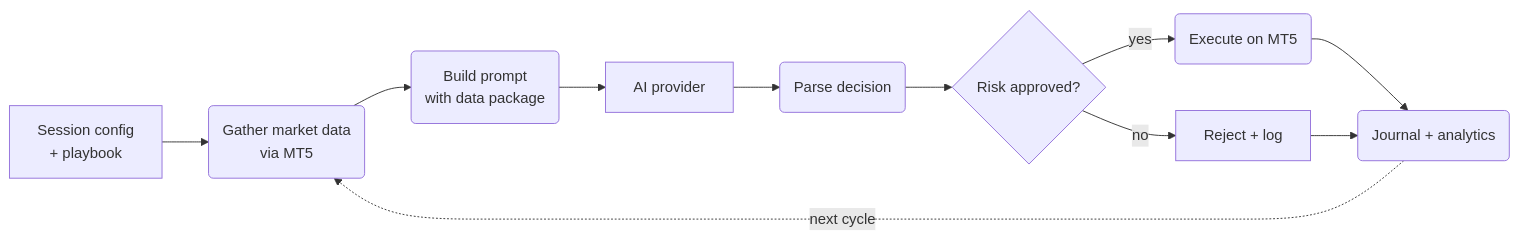
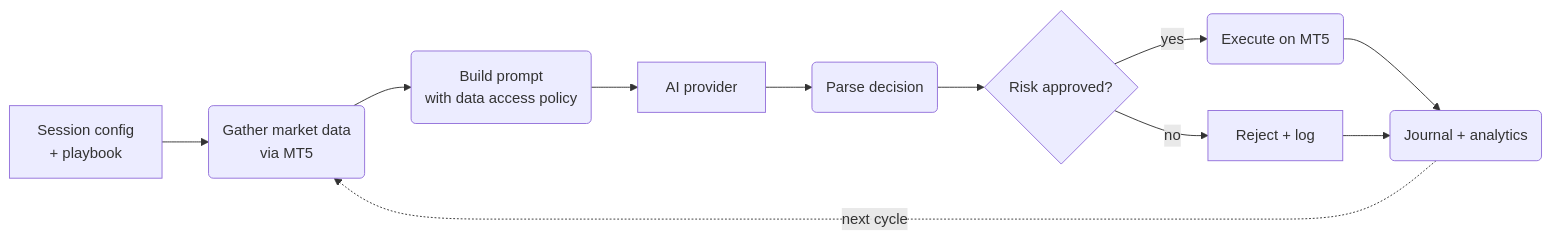
The diagram in src/content/docs/index.md (simeon-vanov/cortiq-public), drawn with Mermaid before and after one commit. The commit also changed other lines of this file and 46 other files, not shown here.

````diff
--- a/src/content/docs/index.md
+++ b/src/content/docs/index.md
@@ -24,13 +25,13 @@
 ```mermaid
 flowchart LR
   A[Session config<br/>+ playbook] --> B(Gather market data<br/>via MT5)
-  B --> C(Build prompt<br/>with data package)
+  B --> C(Build prompt<br/>with data access policy)
   C --> D[AI provider]
   D --> E(Parse decision)
   E --> F{Risk approved?}
   F -->|yes| G(Execute on MT5)
   F -->|no| H[Reject + log]
   G --> I(Journal + analytics)
   H --> I
   I -.next cycle.-> B
 ```
````
